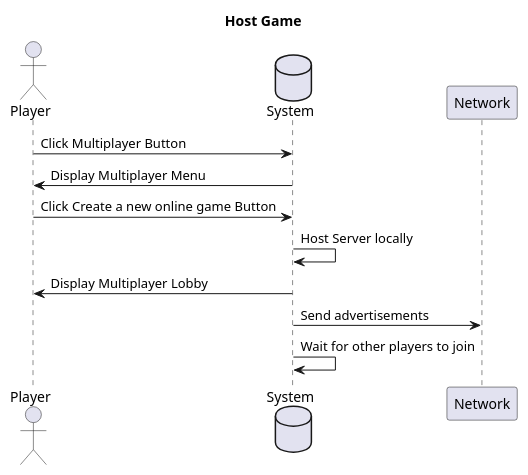
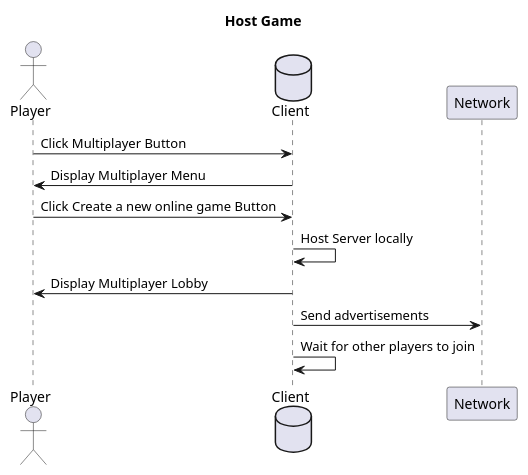
One commit to TINF21CS1/TicTacToeKojote changed the diagram in docs/sequence_diagrams/host_game.puml. Above: the diagram before and after it, drawn with PlantUML. The commit also changed 8 other files, not shown here.

Commit message:
Docs(sequence_diagrams): Renamed Server to Client to fit language in other docs

```diff
--- a/docs/sequence_diagrams/host_game.puml
+++ b/docs/sequence_diagrams/host_game.puml
@@ -1,15 +1,15 @@
 @startuml
 title Host Game
 
 actor Player as p
-database System
+database Client
 
-p->System: Click Multiplayer Button
-System->p: Display Multiplayer Menu
-p->System: Click Create a new online game Button
-System->System: Host Server locally
-System->p: Display Multiplayer Lobby
-System->Network: Send advertisements
-System->System: Wait for other players to join
+p->Client: Click Multiplayer Button
+Client->p: Display Multiplayer Menu
+p->Client: Click Create a new online game Button
+Client->Client: Host Server locally
+Client->p: Display Multiplayer Lobby
+Client->Network: Send advertisements
+Client->Client: Wait for other players to join
 
 @enduml
```
